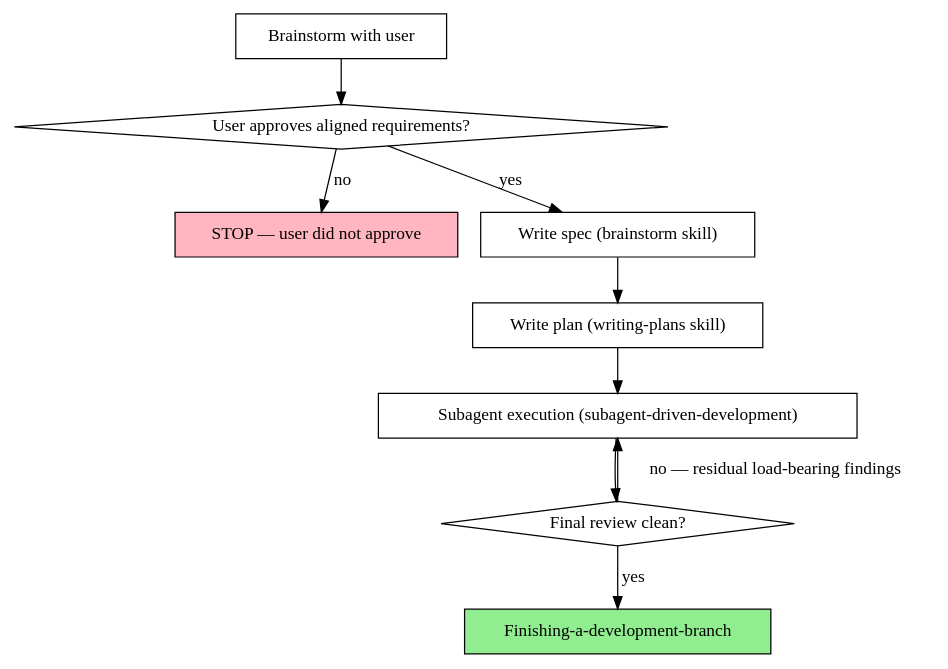
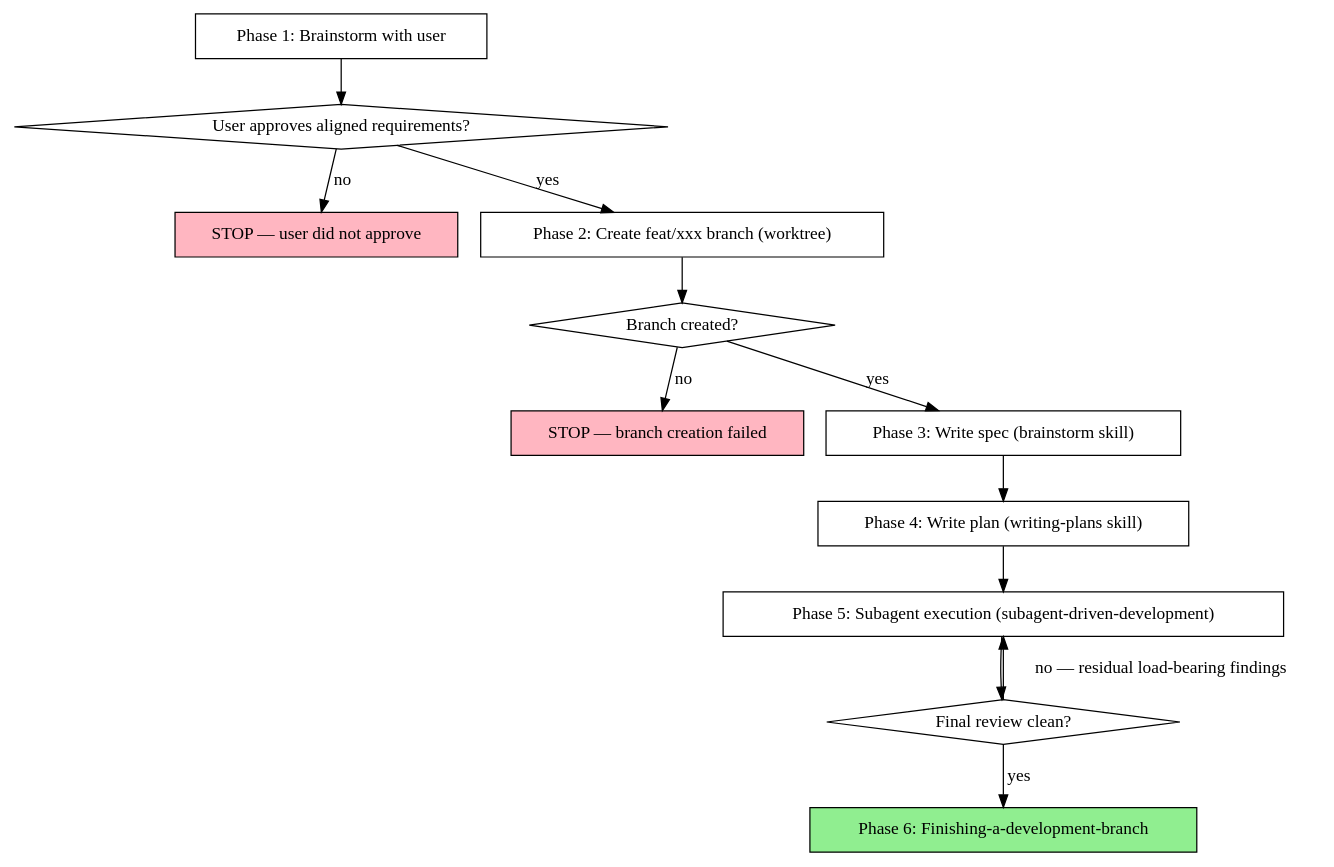
One commit to On-DevPlan/rt changed the diagram in .claude/skills/auto-superpowers/SKILL.md. Above: the diagram before and after it, drawn with Graphviz. The commit also changed other lines of this file and 1 other file, not shown here.

````diff
--- a/.claude/skills/auto-superpowers/SKILL.md
+++ b/.claude/skills/auto-superpowers/SKILL.md
@@ -26,22 +27,28 @@
 ```dot
 digraph auto_superpowers {
     rankdir=TB;
-    "Brainstorm with user" [shape=box];
+    "Phase 1: Brainstorm with user" [shape=box];
     "User approves aligned requirements?" [shape=diamond];
     "STOP — user did not approve" [shape=box style=filled fillcolor=lightpink];
-    "Write spec (brainstorm skill)" [shape=box];
-    "Write plan (writing-plans skill)" [shape=box];
-    "Subagent execution (subagent-driven-development)" [shape=box];
+    "Phase 2: Create feat/xxx branch (worktree)" [shape=box];
+    "Branch created?" [shape=diamond];
+    "STOP — branch creation failed" [shape=box style=filled fillcolor=lightpink];
+    "Phase 3: Write spec (brainstorm skill)" [shape=box];
+    "Phase 4: Write plan (writing-plans skill)" [shape=box];
+    "Phase 5: Subagent execution (subagent-driven-development)" [shape=box];
     "Final review clean?" [shape=diamond];
-    "Finishing-a-development-branch" [shape=box style=filled fillcolor=lightgreen];
+    "Phase 6: Finishing-a-development-branch" [shape=box style=filled fillcolor=lightgreen];
 
-    "Brainstorm with user" -> "User approves aligned requirements?";
+    "Phase 1: Brainstorm with user" -> "User approves aligned requirements?";
     "User approves aligned requirements?" -> "STOP — user did not approve" [label="no"];
-    "User approves aligned requirements?" -> "Write spec (brainstorm skill)" [label="yes"];
-    "Write spec (brainstorm skill)" -> "Write plan (writing-plans skill)";
-    "Write plan (writing-plans skill)" -> "Subagent execution (subagent-driven-development)";
-    "Subagent execution (subagent-driven-development)" -> "Final review clean?";
-    "Final review clean?" -> "Finishing-a-development-branch" [label="yes"];
-    "Final review clean?" -> "Subagent execution (subagent-driven-development)" [label="no — residual load-bearing findings"];
+    "User approves aligned requirements?" -> "Phase 2: Create feat/xxx branch (worktree)" [label="yes"];
+    "Phase 2: Create feat/xxx branch (worktree)" -> "Branch created?";
+    "Branch created?" -> "STOP — branch creation failed" [label="no"];
+    "Branch created?" -> "Phase 3: Write spec (brainstorm skill)" [label="yes"];
+    "Phase 3: Write spec (brainstorm skill)" -> "Phase 4: Write plan (writing-plans skill)";
+    "Phase 4: Write plan (writing-plans skill)" -> "Phase 5: Subagent execution (subagent-driven-development)";
+    "Phase 5: Subagent execution (subagent-driven-development)" -> "Final review clean?";
+    "Final review clean?" -> "Phase 6: Finishing-a-development-branch" [label="yes"];
+    "Final review clean?" -> "Phase 5: Subagent execution (subagent-driven-development)" [label="no — residual load-bearing findings"];
 }
 ```
````
